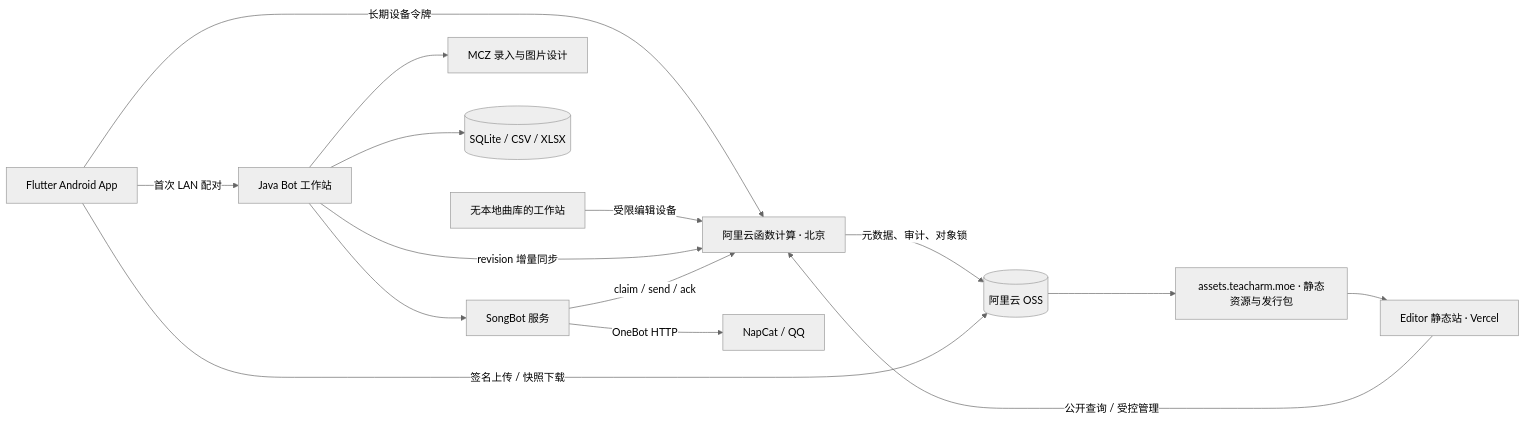
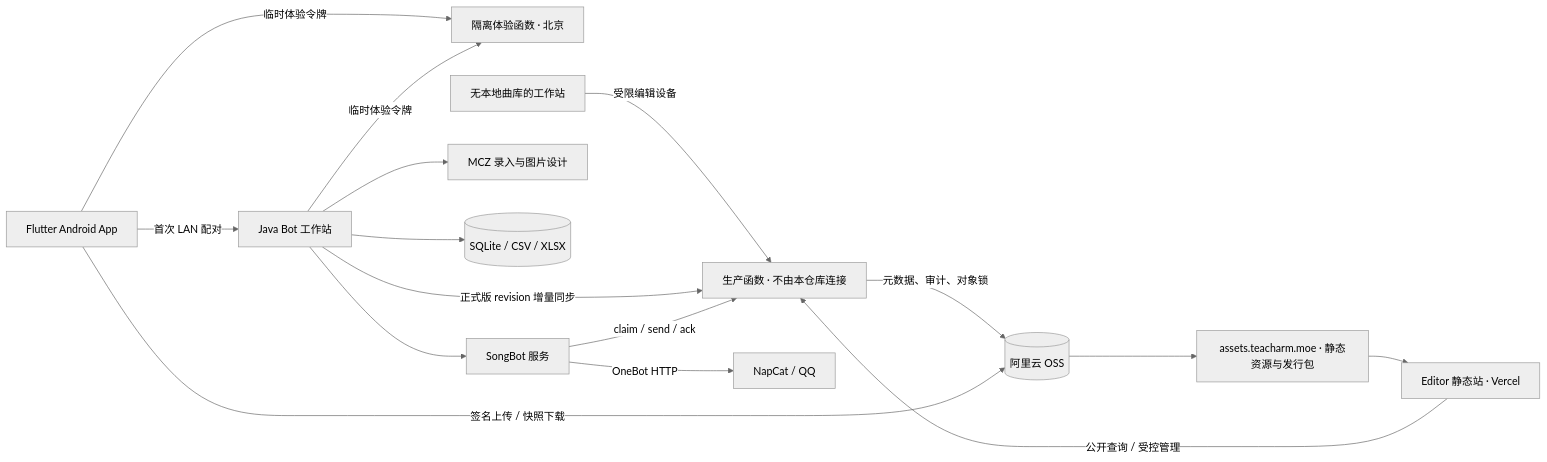
The diagram in README.md (Liccha/Bot-Workstation), drawn with Mermaid (neutral theme) before and after one commit. The commit also changed other lines of this file and 19 other files, not shown here.

````diff
--- a/README.md
+++ b/README.md
@@ -23,17 +30,18 @@
 ```mermaid
 flowchart LR
     Mobile[Flutter Android App] -->|首次 LAN 配对| Workstation[Java Bot 工作站]
-    Mobile -->|长期设备令牌| FC[阿里云函数计算 · 北京]
+    Mobile -->|临时体验令牌| DemoFC[隔离体验函数 · 北京]
+    Workstation -->|临时体验令牌| DemoFC
     Web[Editor 静态站 · Vercel] -->|公开查询 / 受控管理| FC
     Portable[无本地曲库的工作站] -->|受限编辑设备| FC
     Workstation --> MCZ[MCZ 录入与图片设计]
     Workstation --> Local[(SQLite / CSV / XLSX)]
-    Workstation -->|revision 增量同步| FC
+    Workstation -->|正式版 revision 增量同步| FC[生产函数 · 不由本仓库连接]
     Workstation --> SongBot[SongBot 服务]
     SongBot -->|OneBot HTTP| NapCat[NapCat / QQ]
     SongBot -->|claim / send / ack| FC
     FC -->|元数据、审计、对象锁| OSS[(阿里云 OSS)]
     Mobile -->|签名上传 / 快照下载| OSS
     OSS --> CDN[assets.teacharm.moe · 静态资源与发行包]
     CDN --> Web
 ```
````
